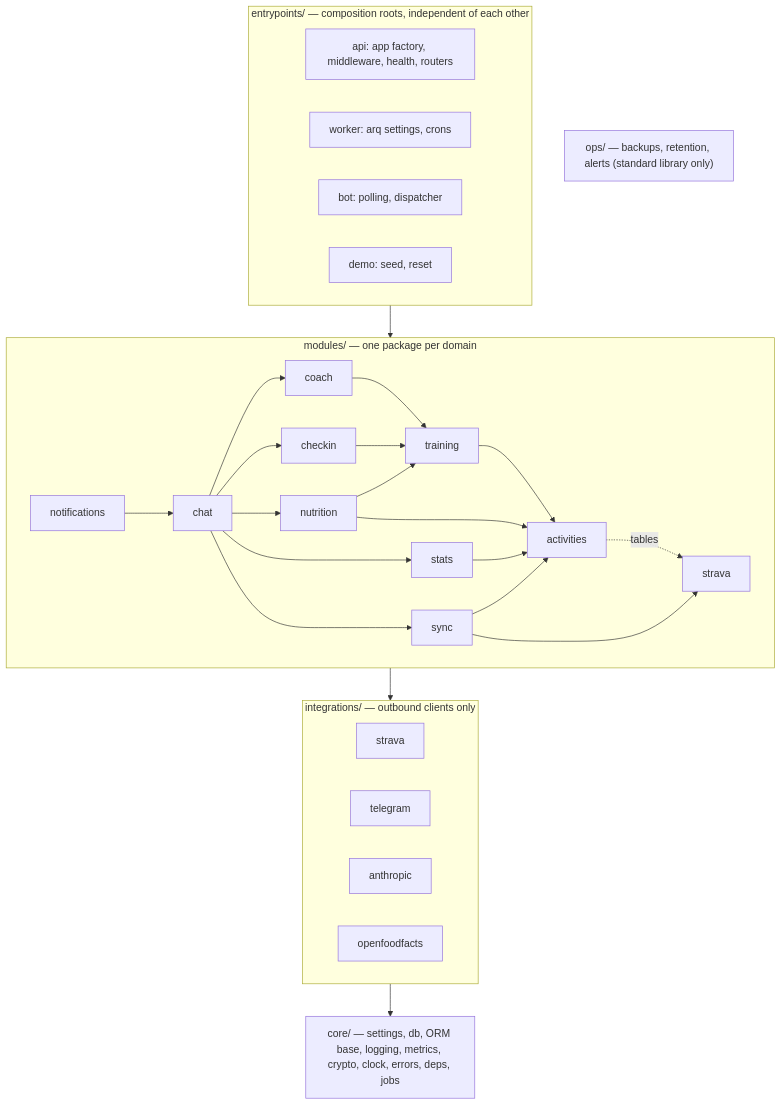
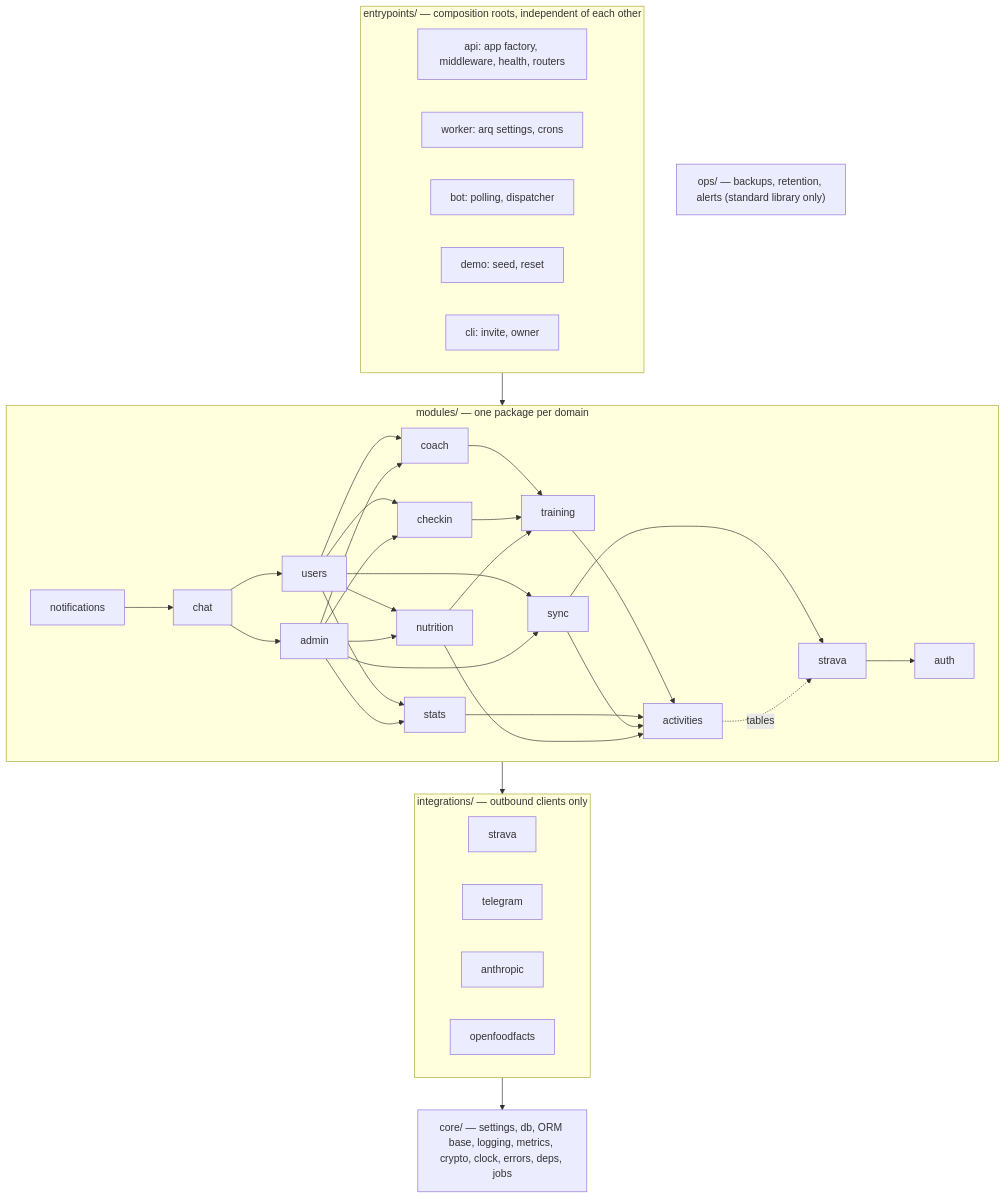
Before and after one commit to umutaydins/trainsync: the diagram in docs/architecture.md, drawn with Mermaid. The commit also changed other lines of this file and 8 other files, not shown here.

Commit message:
P8.8 docs: accounts, Telegram linking, auth modes, tenancy data model, diagrams (ER, components, sign-up/login and /link sequences), env tables, Strava athlete capacity, layout; the bot links on the dashboard's /start CODE deep link

````diff
--- a/docs/architecture.md
+++ b/docs/architecture.md
@@ -52,26 +60,29 @@
 ```mermaid
 flowchart TB
   subgraph entrypoints["entrypoints/ — composition roots, independent of each other"]
     api["api: app factory, middleware, health, routers"]
     worker["worker: arq settings, crons"]
     bot["bot: polling, dispatcher"]
     demo["demo: seed, reset"]
+    cli["cli: invite, owner"]
   end
   subgraph modules["modules/ — one package per domain"]
     notifications --> chat
-    chat --> coach & checkin & nutrition & stats & sync
+    chat --> users & admin
+    users & admin --> coach & checkin & nutrition & stats & sync
     coach & checkin & nutrition --> training
     training & stats & sync & nutrition --> activities
     sync --> strava
     activities -.tables.-> strava
+    strava --> auth
   end
   subgraph integrations["integrations/ — outbound clients only"]
     stravaClient["strava"]
     telegram
     anthropic
     off["openfoodfacts"]
   end
   core["core/ — settings, db, ORM base, logging, metrics, crypto, clock, errors, deps, jobs"]
   entrypoints --> modules --> integrations --> core
   ops["ops/ — backups, retention, alerts (standard library only)"]
 ```
````
